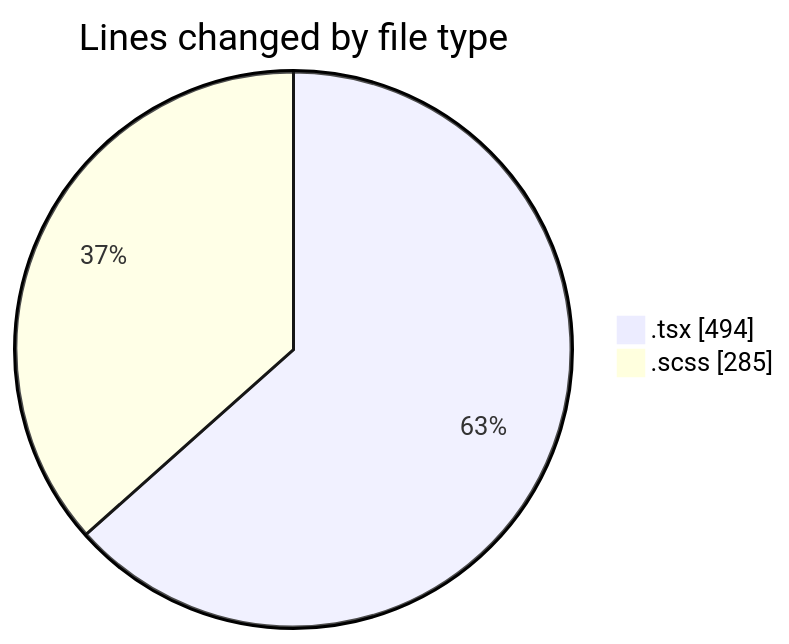
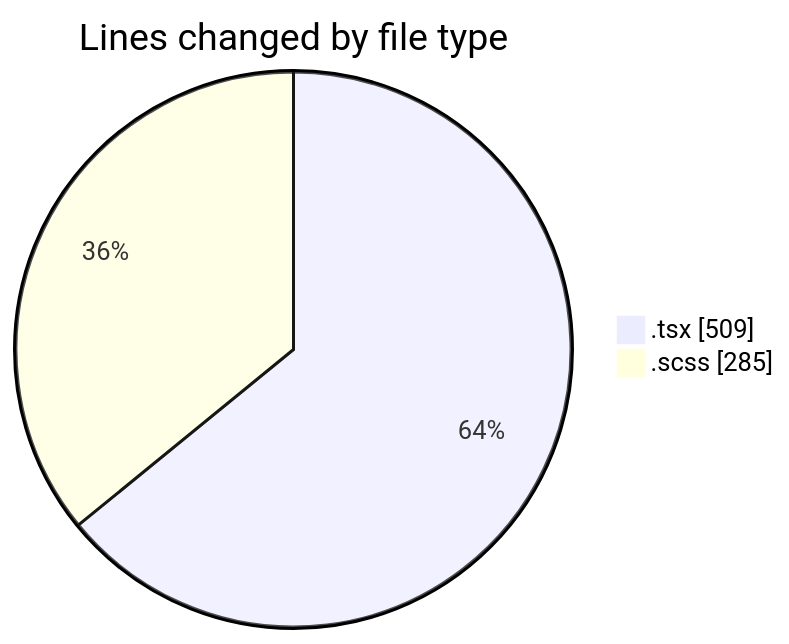
One commit to momahboobian/code-tracking changed the first of 2 diagrams in 2026-02-25/cda/README.md. Above: the diagram before and after it, drawn with Mermaid. The commit also changed other lines of this file and 1 other file, not shown here.

````diff
--- a/2026-02-25/cda/README.md
+++ b/2026-02-25/cda/README.md
@@ -21,6 +21,6 @@
 ```mermaid
 pie showData
 title Lines changed by file type
-".tsx" : 494
+".tsx" : 509
 ".scss" : 285
 ```
````
